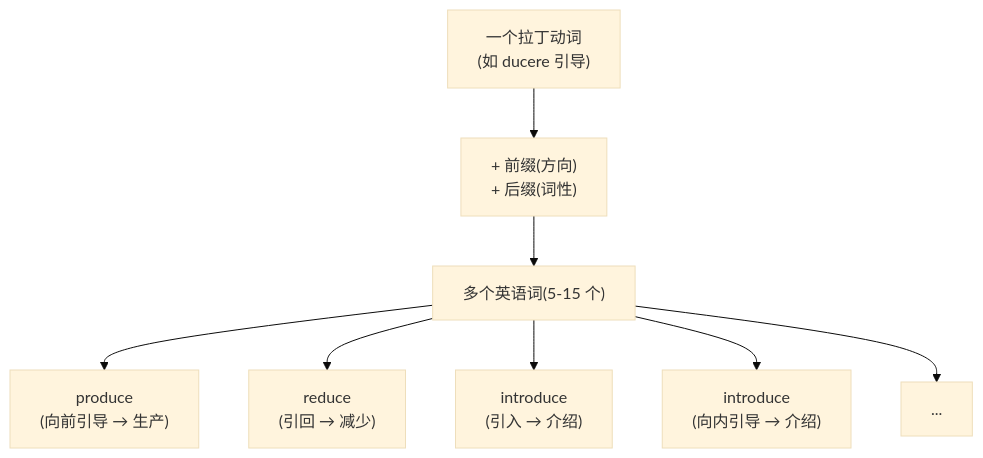
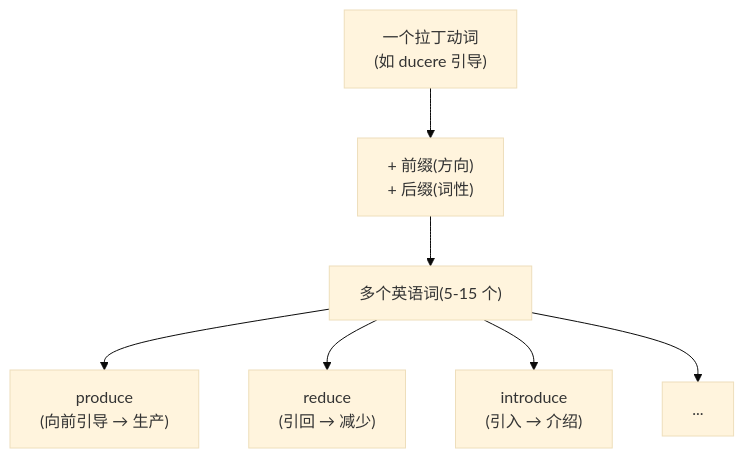
The second of 2 diagrams in 02-拉丁之根/第13章-拉丁词根速查补遗.md (swiftczz/roots-affixes-book), drawn with Mermaid (base theme) before and after one commit. The commit also changed other lines of this file and 4 other files, not shown here.

Commit message:
完善词根词缀释义并修复图表

````diff
--- a/02-拉丁之根/第13章-拉丁词根速查补遗.md
+++ b/02-拉丁之根/第13章-拉丁词根速查补遗.md
@@ -212,17 +241,15 @@
 ```mermaid
 flowchart TD
     verb["一个拉丁动词<br/>(如 ducere 引导)"]
     add["+ 前缀(方向)<br/>+ 后缀(词性)"]
     eng["多个英语词(5-15 个)"]
     p["produce<br/>(向前引导 → 生产)"]
     r["reduce<br/>(引回 → 减少)"]
     i1["introduce<br/>(引入 → 介绍)"]
-    i2["introduce<br/>(向内引导 → 介绍)"]
     dots["..."]
     verb --> add --> eng
     eng --> p
     eng --> r
     eng --> i1
-    eng --> i2
     eng --> dots
 ```
````
